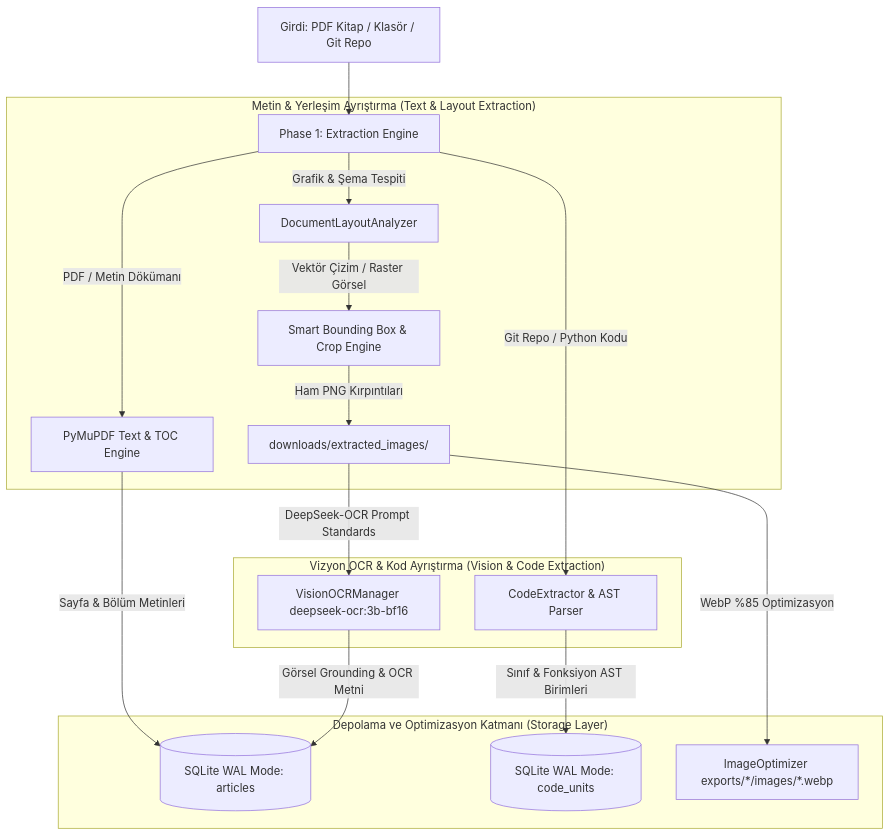
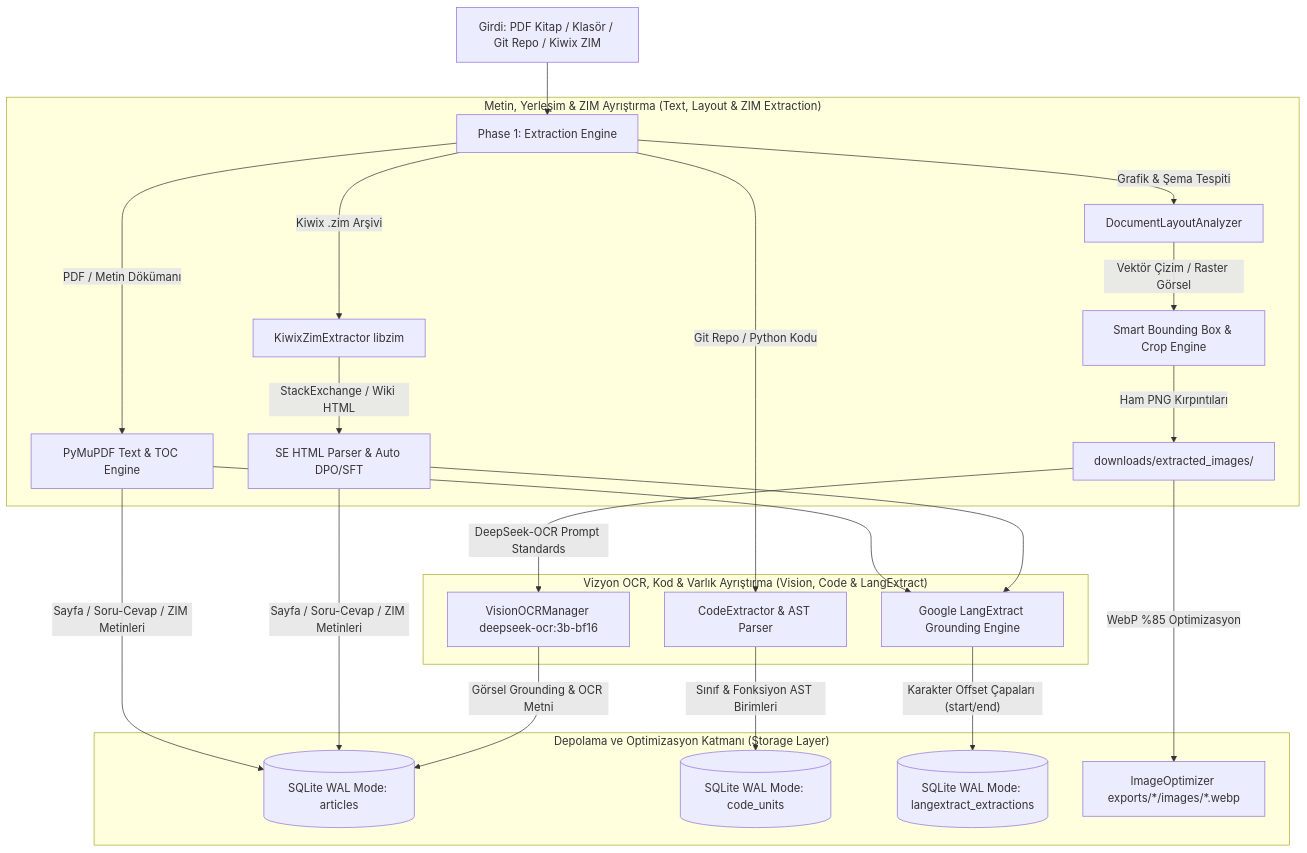
One commit to onkanat/elektor changed the diagram in tools/docs/phase1_extraction.md. Above: the diagram before and after it, drawn with Mermaid. The commit also changed other lines of this file and 32 other files, not shown here.

````diff
--- a/tools/docs/phase1_extraction.md
+++ b/tools/docs/phase1_extraction.md
@@ -11,23 +11,27 @@
 ```mermaid
 graph TD
-    A[Girdi: PDF Kitap / Klasör / Git Repo] --> B[Phase 1: Extraction Engine]
+    A[Girdi: PDF Kitap / Klasör / Git Repo / Kiwix ZIM] --> B[Phase 1: Extraction Engine]
     
-    subgraph "Metin & Yerleşim Ayrıştırma (Text & Layout Extraction)"
+    subgraph "Metin, Yerleşim & ZIM Ayrıştırma (Text, Layout & ZIM Extraction)"
         B -- "PDF / Metin Dökümanı" --> C1[PyMuPDF Text & TOC Engine]
-        B -- "Grafik & Şema Tespiti" --> C2[DocumentLayoutAnalyzer]
-        C2 -- "Vektör Çizim / Raster Görsel" --> C3[Smart Bounding Box & Crop Engine]
-        C3 -- "Ham PNG Kırpıntıları" --> C4[downloads/extracted_images/]
+        B -- "Kiwix .zim Arşivi" --> C2[KiwixZimExtractor libzim]
+        C2 -- "StackExchange / Wiki HTML" --> C3[SE HTML Parser & Auto DPO/SFT]
+        B -- "Grafik & Şema Tespiti" --> C4[DocumentLayoutAnalyzer]
+        C4 -- "Vektör Çizim / Raster Görsel" --> C5[Smart Bounding Box & Crop Engine]
+        C5 -- "Ham PNG Kırpıntıları" --> C6[downloads/extracted_images/]
     end
 
-    subgraph "Vizyon OCR & Kod Ayrıştırma (Vision & Code Extraction)"
-        C4 -- "DeepSeek-OCR Prompt Standards" --> D1[VisionOCRManager deepseek-ocr:3b-bf16]
+    subgraph "Vizyon OCR, Kod & Varlık Ayrıştırma (Vision, Code & LangExtract)"
+        C6 -- "DeepSeek-OCR Prompt Standards" --> D1[VisionOCRManager deepseek-ocr:3b-bf16]
         B -- "Git Repo / Python Kodu" --> D2[CodeExtractor & AST Parser]
+        C1 & C3 --> D3[Google LangExtract Grounding Engine]
     end
 
     subgraph "Depolama ve Optimizasyon Katmanı (Storage Layer)"
-        C1 -- "Sayfa & Bölüm Metinleri" --> E1[(SQLite WAL Mode: articles)]
+        C1 & C3 -- "Sayfa / Soru-Cevap / ZIM Metinleri" --> E1[(SQLite WAL Mode: articles)]
         D1 -- "Görsel Grounding & OCR Metni" --> E1
         D2 -- "Sınıf & Fonksiyon AST Birimleri" --> E2[(SQLite WAL Mode: code_units)]
-        C4 -- "WebP %85 Optimizasyon" --> E3[ImageOptimizer exports/*/images/*.webp]
+        D3 -- "Karakter Offset Çapaları (start/end)" --> E3[(SQLite WAL Mode: langextract_extractions)]
+        C6 -- "WebP %85 Optimizasyon" --> E4[ImageOptimizer exports/*/images/*.webp]
     end
 ```
````
